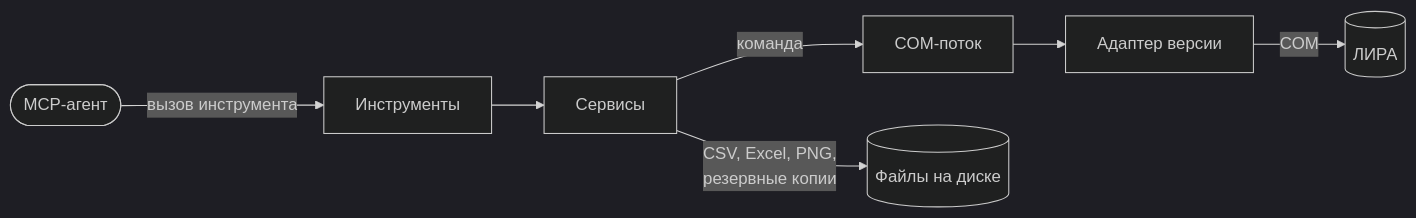
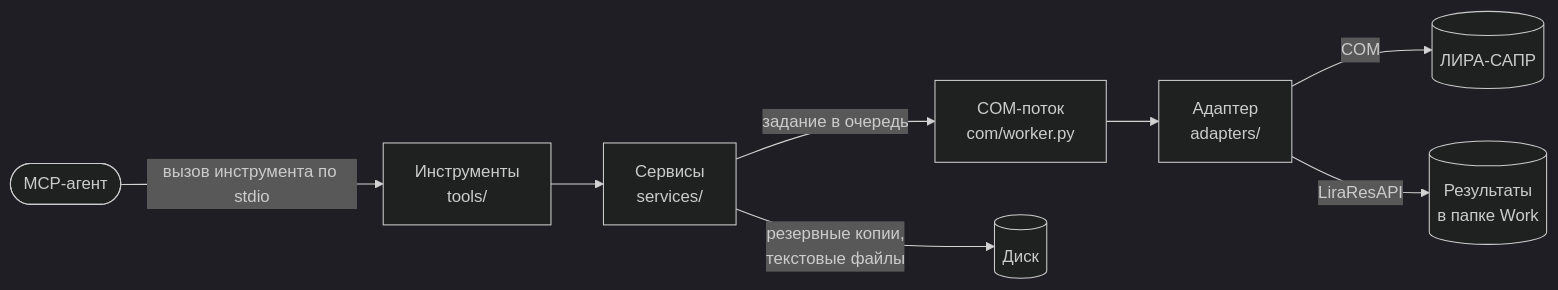
Before and after one commit to EvgenVer/lira-sapr-mcp: the diagram in docs/components/server.md, drawn with Mermaid (dark theme). The commit also changed other lines of this file and 9 other files, not shown here.

First line of the commit message:
Document stage 1 as built: server, main flow, operations

````diff
--- a/docs/components/server.md
+++ b/docs/components/server.md
@@ -14,9 +17,10 @@
 ```mermaid
 flowchart LR
-  A([MCP-агент]) -->|вызов инструмента| T[Инструменты]
-  T --> S[Сервисы]
-  S -->|команда| Q[COM-поток]
-  Q --> AD[Адаптер версии]
-  AD -->|COM| L[(ЛИРА)]
-  S -->|CSV, Excel, PNG,<br/>резервные копии| F[(Файлы на диске)]
+  A([MCP-агент]) -->|вызов инструмента по stdio| T[Инструменты<br/>tools/]
+  T --> S[Сервисы<br/>services/]
+  S -->|задание в очередь| Q[COM-поток<br/>com/worker.py]
+  Q --> AD[Адаптер<br/>adapters/]
+  AD -->|COM| L[(ЛИРА-САПР)]
+  AD -->|LiraResAPI| R[(Результаты<br/>в папке Work)]
+  S -->|резервные копии,<br/>текстовые файлы| F[(Диск)]
 ```
````
